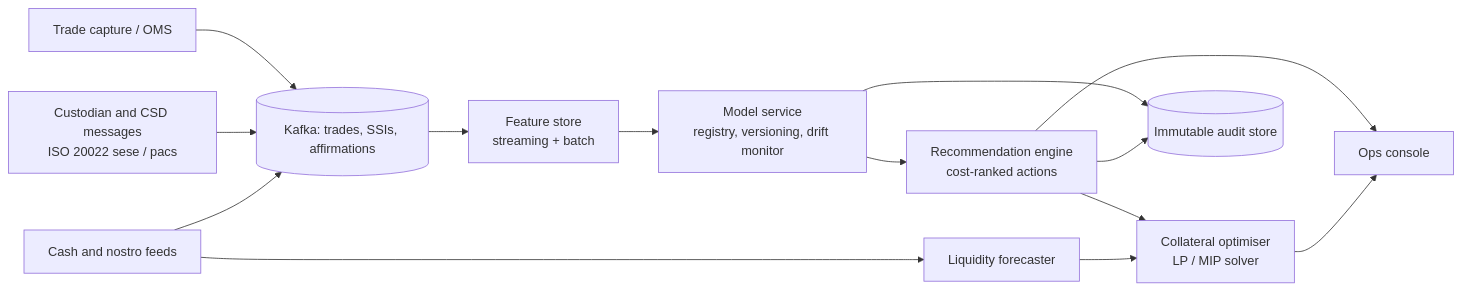
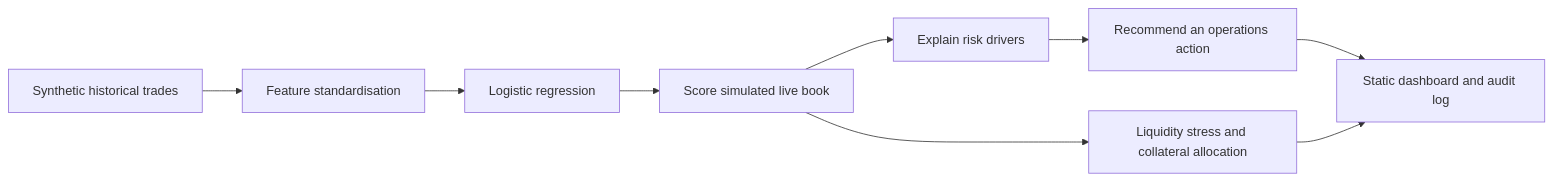
Before and after one commit to tabishsyed777/SettleSight-settlement: the diagram in README.md, drawn with Mermaid. The commit also changed other lines of this file and 2 other files, not shown here.

Commit message:
Document SettleSight model and data

````diff
--- a/README.md
+++ b/README.md
@@ -38,16 +67,11 @@
-```mermaid
+~~~mermaid
 flowchart LR
-  A[Trade capture / OMS] --> K[(Kafka: trades, SSIs, affirmations)]
-  B[Custodian and CSD messages<br>ISO 20022 sese / pacs] --> K
-  C[Cash and nostro feeds] --> K
-  K --> F[Feature store<br>streaming + batch]
-  F --> M[Model service<br>registry, versioning, drift monitor]
-  M --> R[Recommendation engine<br>cost-ranked actions]
-  C --> L[Liquidity forecaster]
-  R --> O[Collateral optimiser<br>LP / MIP solver]
-  L --> O
-  R --> U[Ops console]
-  O --> U
-  M --> AU[(Immutable audit store)]
-  R --> AU
-```
+  A[Synthetic historical trades] --> B[Feature standardisation]
+  B --> C[Logistic regression]
+  C --> D[Score simulated live book]
+  D --> E[Explain risk drivers]
+  E --> F[Recommend an operations action]
+  D --> G[Liquidity stress and collateral allocation]
+  F --> H[Static dashboard and audit log]
+  G --> H
+~~~
````
